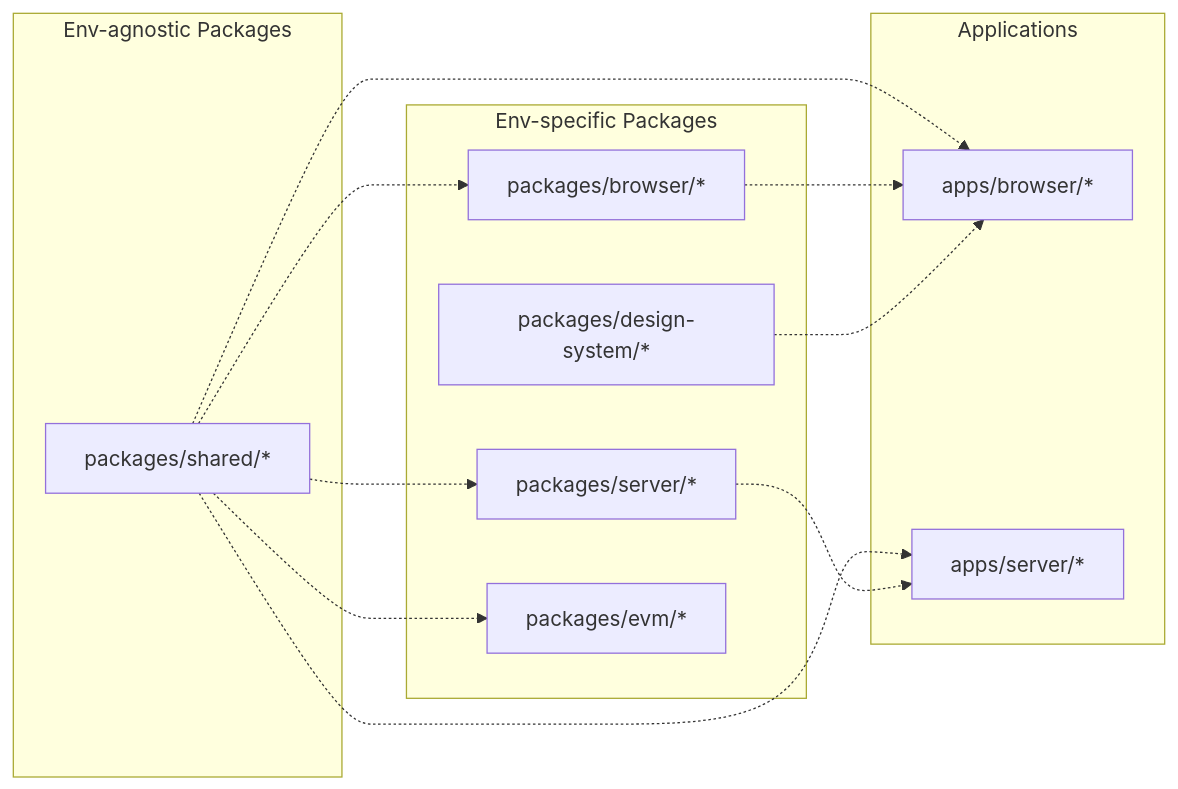
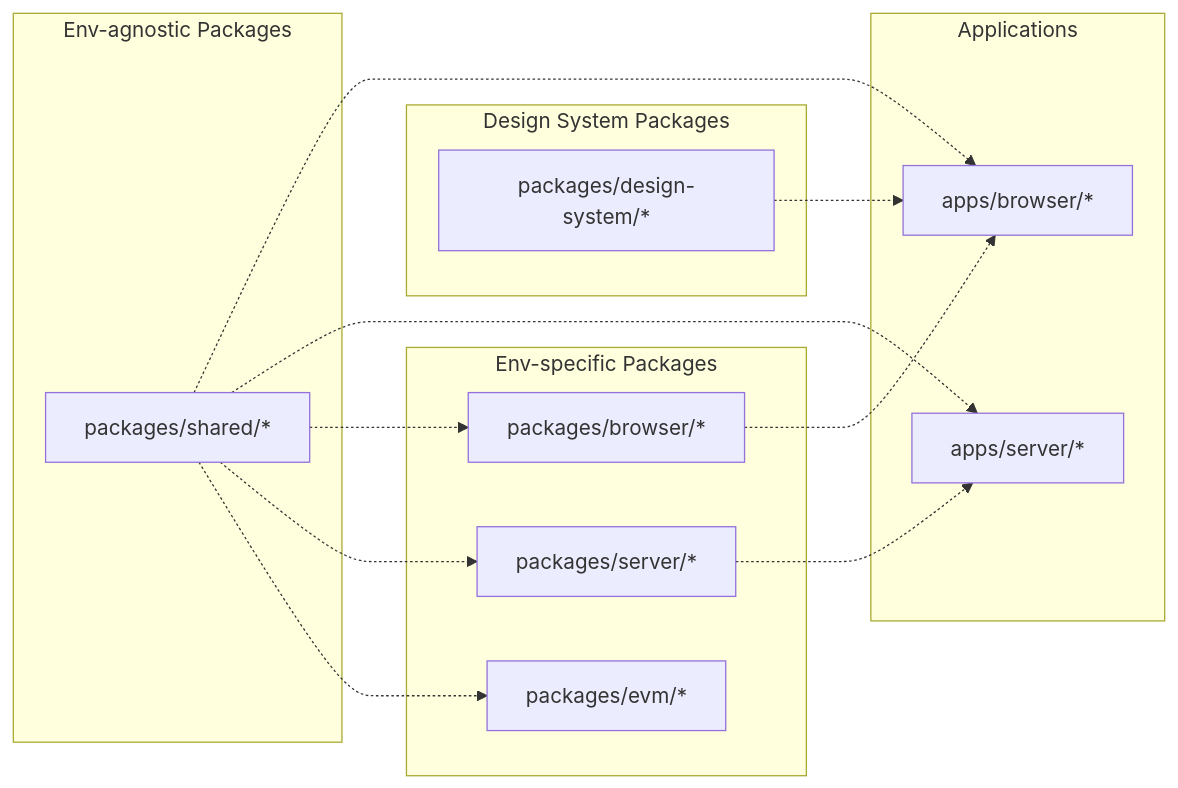
One commit to Chlebamaticon/module-federation-example changed the diagram in CONTRIBUTE.md. Above: the diagram before and after it, drawn with Mermaid. The commit also changed other lines of this file and 1 other file, not shown here.

````diff
--- a/CONTRIBUTE.md
+++ b/CONTRIBUTE.md
@@ -9,29 +9,32 @@
 ```mermaid
     flowchart LR
 
     subgraph shared-packages["Env-agnostic Packages"]
         packages-shared["packages/shared/*"]
     end
 
+    subgraph design-system["Design System Packages"]
+        packages-design-system["packages/design-system/*"]
+    end
+
     subgraph packages["Env-specific Packages"]
         packages-server["packages/server/*"]
         packages-browser["packages/browser/*"]
-        packages-design-system["packages/design-system/*"]
         packages-evm["packages/evm/*"]
     end
 
     subgraph app["Applications"]
         apps-browser["apps/browser/*"]
         apps-server["apps/server/*"]
     end
 
     packages-shared -.-> apps-browser
     packages-shared -.-> apps-server
     packages-shared -.-> packages-browser
     packages-shared -.-> packages-server
     packages-shared -.-> packages-evm
 
     packages-server -.-> apps-server
     packages-browser -.-> apps-browser
     packages-design-system -.-> apps-browser
 ```
````
